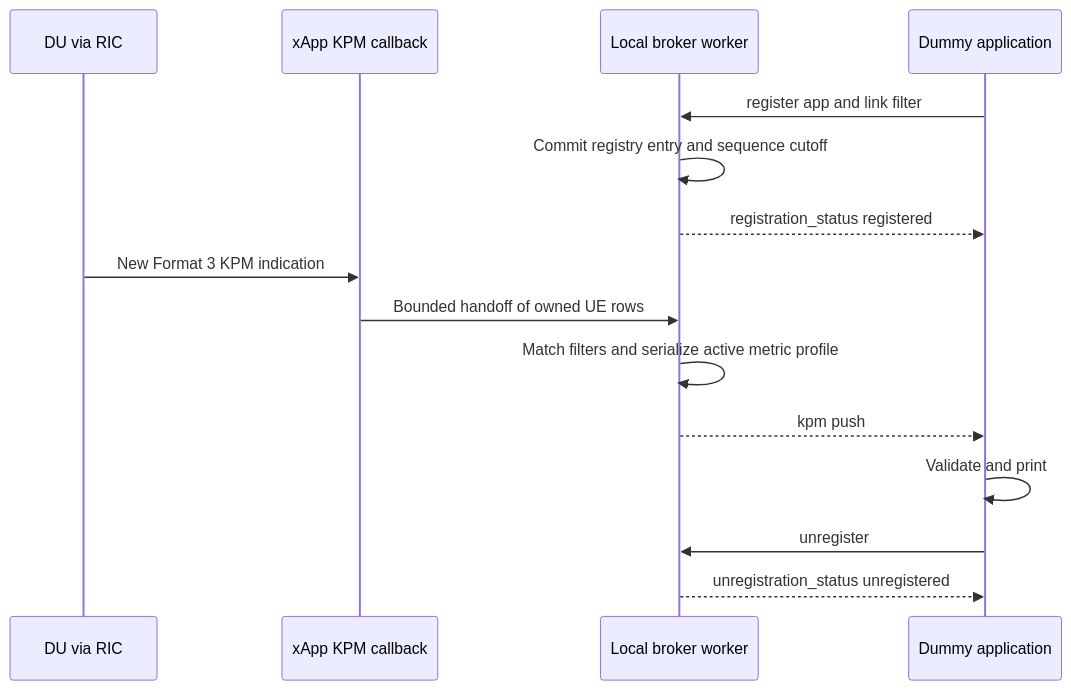
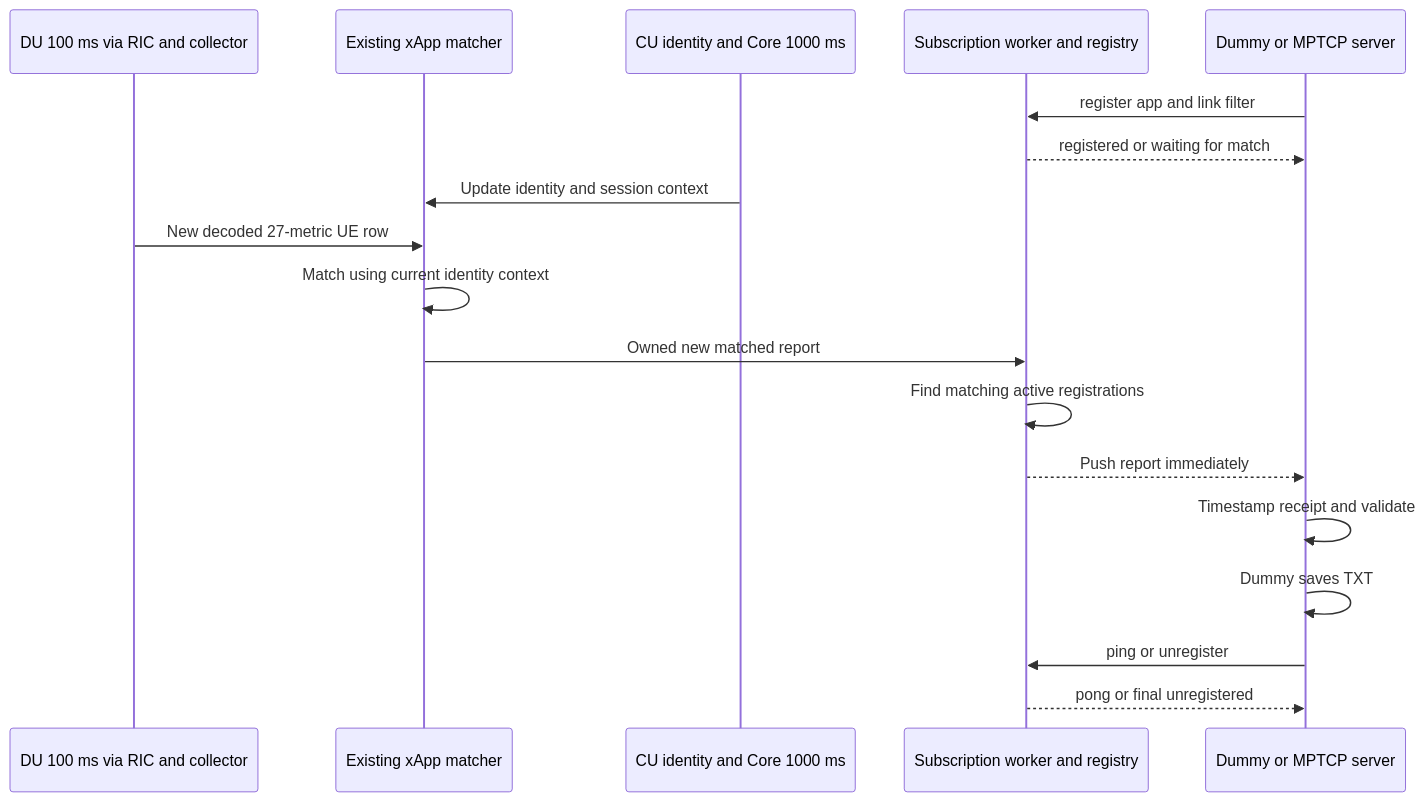
Before and after one commit to Ruibin2000/Falcon: the diagram in plans/xapp-kpm-app-subscription.md, drawn with Mermaid. The commit also changed other lines of this file and 41 other files, not shown here.

````diff
--- a/plans/xapp-kpm-app-subscription.md
+++ b/plans/xapp-kpm-app-subscription.md
@@ -105,17 +129,20 @@
 ```mermaid
 sequenceDiagram
-    participant DU as DU via RIC
-    participant X as xApp KPM callback
-    participant B as Local broker worker
-    participant A as Dummy application
+    participant S as DU 100 ms via RIC and collector
+    participant X as Existing xApp matcher
+    participant C as CU identity and Core 1000 ms
+    participant B as Subscription worker and registry
+    participant A as Dummy or MPTCP server
     A->>B: register app and link filter
-    B->>B: Commit registry entry and sequence cutoff
-    B-->>A: registration_status registered
-    DU->>X: New Format 3 KPM indication
-    X->>B: Bounded handoff of owned UE rows
-    B->>B: Match filters and serialize active metric profile
-    B-->>A: kpm push
-    A->>A: Validate and print
-    A->>B: unregister
-    B-->>A: unregistration_status unregistered
+    B-->>A: registered or waiting for match
+    C->>X: Update identity and session context
+    S->>X: New decoded 27-metric UE row
+    X->>X: Match using current identity context
+    X->>B: Owned new matched report
+    B->>B: Find matching active registrations
+    B-->>A: Push report immediately
+    A->>A: Timestamp receipt and validate
+    A->>A: Dummy saves TXT
+    A->>B: ping or unregister
+    B-->>A: pong or final unregistered
 ```
````
